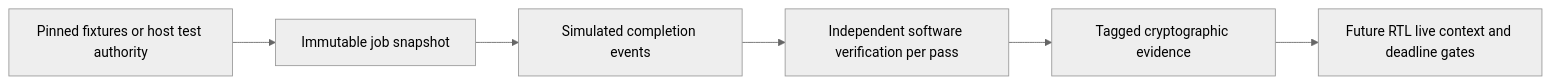
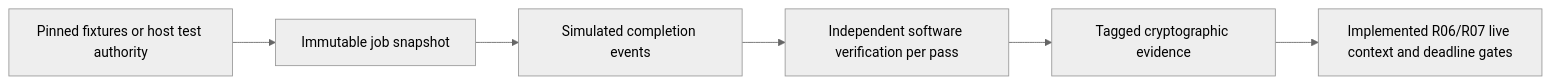
One commit to toddmaustin/REINS changed the diagram in docs/SIMULATION_STRATEGY.md. Above: the diagram before and after it, drawn with Mermaid (neutral theme). The commit also changed other lines of this file and 29 other files, not shown here.

````diff
--- a/docs/SIMULATION_STRATEGY.md
+++ b/docs/SIMULATION_STRATEGY.md
@@ -27,8 +32,8 @@
 ```mermaid
 flowchart LR
     F[Pinned fixtures or host test authority] --> S[Immutable job snapshot]
     S --> E[Simulated completion events]
     E --> V[Independent software verification per pass]
     V --> R[Tagged cryptographic evidence]
-    R --> C[Future RTL live context and deadline gates]
+    R --> C[Implemented R06/R07 live context and deadline gates]
 ```
````
